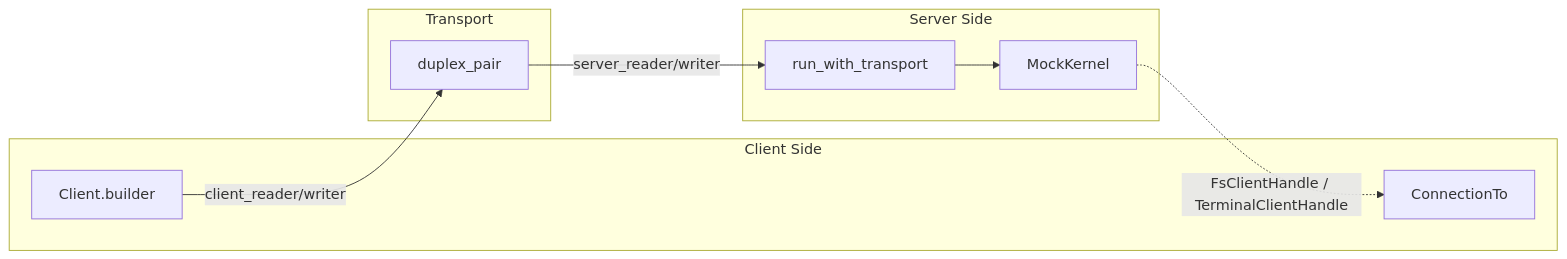
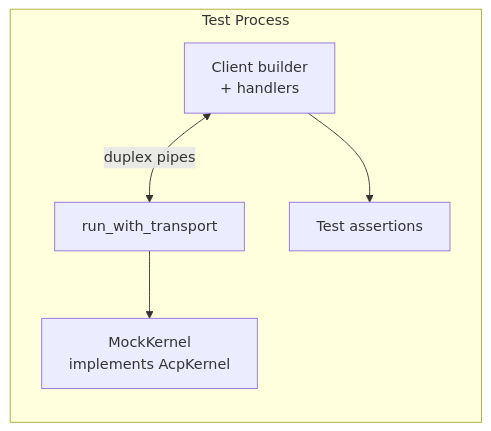
Before and after one commit to leszek3737/librefang-WIki: the diagram in other-librefang-acp-tests.md, drawn with Mermaid. The commit also changed other lines of this file and 70 other files, not shown here.

````diff
--- a/other-librefang-acp-tests.md
+++ b/other-librefang-acp-tests.md
@@ -13,19 +13,8 @@
 ```mermaid
 graph LR
-    subgraph Client Side
-        CB[Client.builder]
-        CX[ConnectionTo]
+    subgraph Test Process
+        A[Client builder<br/>+ handlers] <-->|duplex pipes| B[run_with_transport]
+        B --> C[MockKernel<br/>implements AcpKernel]
+        A --> D[Test assertions]
     end
-    subgraph Server Side
-        RWT[run_with_transport]
-        MK[MockKernel]
-    end
-    subgraph Transport
-        DP[duplex_pair]
-    end
-
-    CB -->|client_reader/writer| DP
-    DP -->|server_reader/writer| RWT
-    RWT --> MK
-    MK -.->|FsClientHandle / TerminalClientHandle| CX
 ```
````
